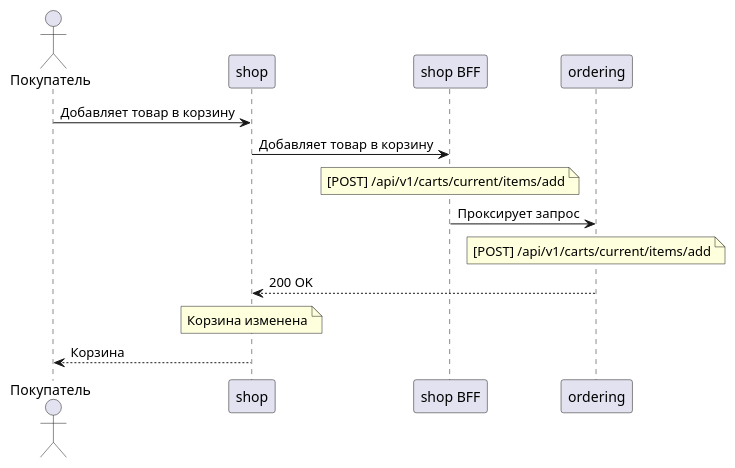
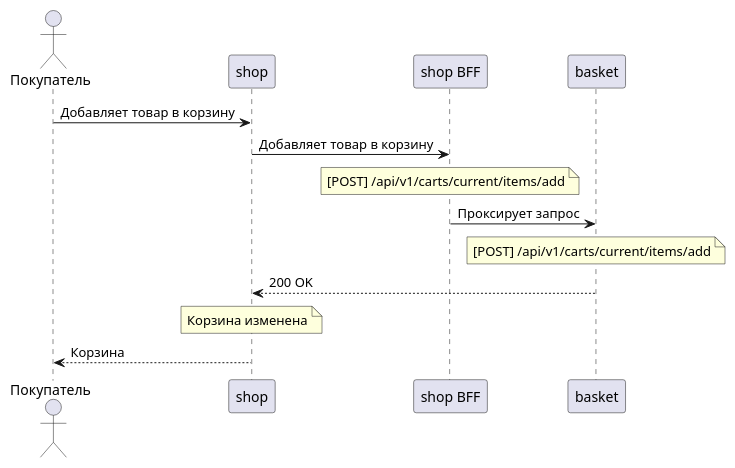
Before and after one commit to gerzhan/knigaexpert-system-design: the diagram in services/ordering/use-cases/uc-1.md, drawn with PlantUML. The commit also changed 18 other files, not shown here.

````diff
--- a/services/ordering/use-cases/uc-1.md
+++ b/services/ordering/use-cases/uc-1.md
@@ -3,17 +3,17 @@
 ```plantuml
 actor "Покупатель" as customer
 participant "shop" as shop_app
 participant "shop BFF" as shop_bff
-participant "ordering" as ordering
+participant "basket" as basket
 
 customer -> shop_app: Добавляет товар в корзину
 shop_app -> shop_bff: Добавляет товар в корзину
 note over shop_bff: [POST] /api/v1/carts/current/items/add
 
-shop_bff -> ordering: Проксирует запрос
-note over ordering: [POST] /api/v1/carts/current/items/add
+shop_bff -> basket: Проксирует запрос
+note over basket: [POST] /api/v1/carts/current/items/add
 
-shop_app <--  ordering: 200 OK
+shop_app <--  basket: 200 OK
 note over shop_app: Корзина изменена
 customer <--  shop_app: Корзина
 ```
````
